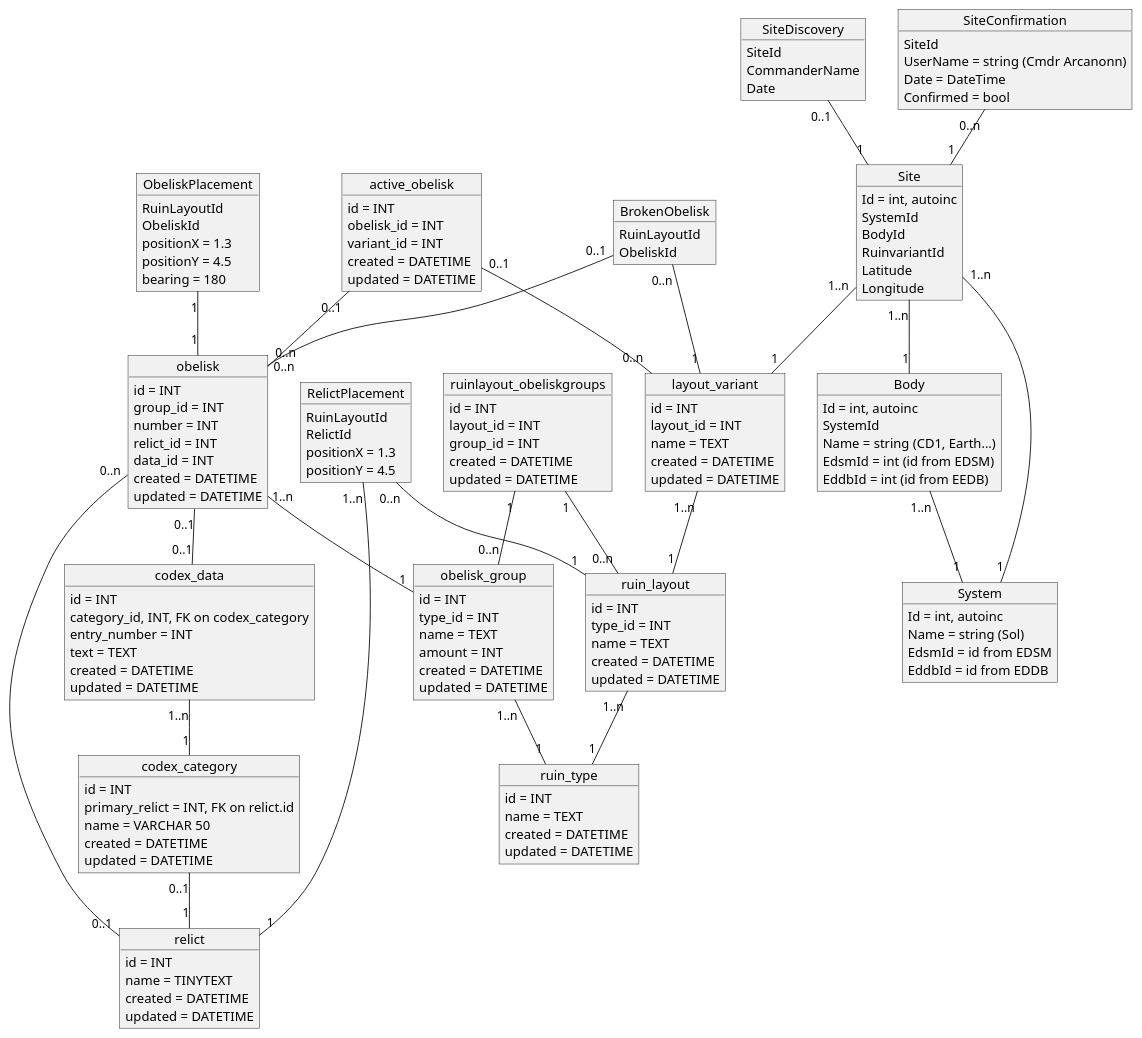
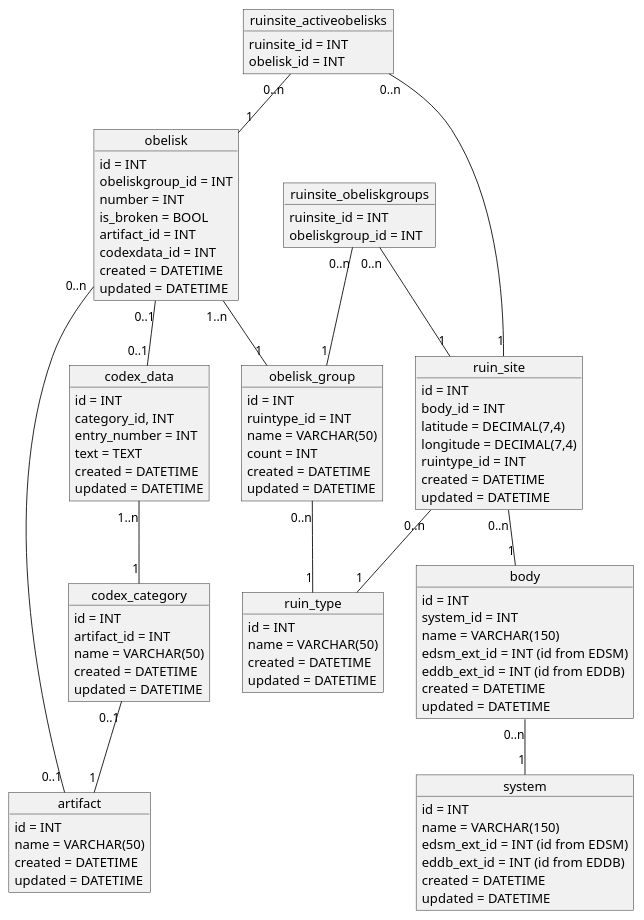
Before and after one commit to canonn-science/CanonnApi: the diagram in docs/design/db/ruinsdb.puml, drawn with PlantUML. The commit also changed 8 other files, not shown here.

```diff
--- a/docs/design/db/ruinsdb.puml
+++ b/docs/design/db/ruinsdb.puml
@@ -1,179 +1,113 @@
 @startuml
 
-object relict
-relict : id = INT
-relict : name = TINYTEXT
-relict : created = DATETIME
-relict : updated = DATETIME
+object artifact
+artifact : id = INT
+artifact : name = VARCHAR(50)
+artifact : created = DATETIME
+artifact : updated = DATETIME
+
 
 object codex_category
 codex_category : id = INT
-codex_category : primary_relict = INT, FK on relict.id
-codex_category : name = VARCHAR 50
+codex_category : artifact_id = INT
+codex_category : name = VARCHAR(50)
 codex_category : created = DATETIME
 codex_category : updated = DATETIME
 
-codex_category "0..1" -- "1" relict
+codex_category "0..1" -- "1" artifact
+
 
 object codex_data
 codex_data : id = INT
-codex_data : category_id, INT, FK on codex_category
+codex_data : category_id, INT
 codex_data : entry_number = INT
 codex_data : text = TEXT
 codex_data : created = DATETIME
 codex_data : updated = DATETIME
 
 codex_data "1..n" -- "1" codex_category
 
 
 object ruin_type
 ruin_type : id = INT
-ruin_type : name = TEXT
+ruin_type : name = VARCHAR(50)
 ruin_type : created = DATETIME
 ruin_type : updated = DATETIME
 
 
 object obelisk_group
 obelisk_group : id = INT
-obelisk_group : type_id = INT
-obelisk_group : name = TEXT
-obelisk_group : amount = INT
+obelisk_group : ruintype_id = INT
+obelisk_group : name = VARCHAR(50)
+obelisk_group : count = INT
 obelisk_group : created = DATETIME
 obelisk_group : updated = DATETIME
 
-obelisk_group "1..n" -- "1" ruin_type
+obelisk_group "0..n" -- "1" ruin_type
 
 
 object obelisk
 obelisk : id = INT
-obelisk : group_id = INT
+obelisk : obeliskgroup_id = INT
 obelisk : number = INT
-obelisk : relict_id = INT
-obelisk : data_id = INT
+obelisk : is_broken = BOOL
+obelisk : artifact_id = INT
+obelisk : codexdata_id = INT
 obelisk : created = DATETIME
 obelisk : updated = DATETIME
 
 obelisk "1..n" -- "1" obelisk_group
-obelisk "0..n" -- "0..1" relict
+obelisk "0..n" -- "0..1" artifact
 obelisk "0..1" -- "0..1" codex_data
 
 
-object ruin_layout
-ruin_layout : id = INT
-ruin_layout : type_id = INT
-ruin_layout : name = TEXT
-ruin_layout : created = DATETIME
-ruin_layout : updated = DATETIME
-
-ruin_layout "1..n" -- "1" ruin_type
+object system
+system : id = INT
+system : name = VARCHAR(150)
+system : edsm_ext_id = INT (id from EDSM)
+system : eddb_ext_id = INT (id from EDDB)
+system : created = DATETIME
+system : updated = DATETIME
 
 
-object ruinlayout_obeliskgroups
-ruinlayout_obeliskgroups : id = INT
-ruinlayout_obeliskgroups : layout_id = INT
-ruinlayout_obeliskgroups : group_id = INT
-ruinlayout_obeliskgroups : created = DATETIME
-ruinlayout_obeliskgroups : updated = DATETIME
+object body
+body : id = INT
+body : system_id = INT
+body : name = VARCHAR(150)
+body : edsm_ext_id = INT (id from EDSM)
+body : eddb_ext_id = INT (id from EDDB)
+body : created = DATETIME
+body : updated = DATETIME
 
-ruinlayout_obeliskgroups "1" -- "0..n" ruin_layout
-ruinlayout_obeliskgroups "1" -- "0..n" obelisk_group
+body "0..n" -- "1" system
 
 
-object layout_variant
-layout_variant : id = INT
-layout_variant : layout_id = INT
-layout_variant : name = TEXT
-layout_variant : created = DATETIME
-layout_variant : updated = DATETIME
+object ruin_site
+ruin_site : id = INT
+ruin_site : body_id = INT
+ruin_site : latitude = DECIMAL(7,4)
+ruin_site : longitude = DECIMAL(7,4)
+ruin_site : ruintype_id = INT
+ruin_site : created = DATETIME
+ruin_site : updated = DATETIME
 
-layout_variant "1..n" -- "1" ruin_layout
+ruin_site "0..n" -- "1" body
+ruin_site "0..n" -- "1" ruin_type
 
 
-object active_obelisk
-active_obelisk : id = INT
-active_obelisk : obelisk_id = INT
-active_obelisk : variant_id = INT
-active_obelisk : created = DATETIME
-active_obelisk : updated = DATETIME
+object ruinsite_obeliskgroups
+ruinsite_obeliskgroups : ruinsite_id = INT
+ruinsite_obeliskgroups : obeliskgroup_id = INT
 
-active_obelisk "0..1" -- "0..n" obelisk
-active_obelisk "0..1" -- "0..n" layout_variant
+ruinsite_obeliskgroups "0..n" -- "1" ruin_site
+ruinsite_obeliskgroups "0..n" -- "1" obelisk_group
 
 
+object ruinsite_activeobelisks
+ruinsite_activeobelisks : ruinsite_id = INT
+ruinsite_activeobelisks : obelisk_id = INT
 
-object BrokenObelisk
-BrokenObelisk : RuinLayoutId
-BrokenObelisk : ObeliskId
-
-BrokenObelisk  "0..n" -- "1" layout_variant
-BrokenObelisk "0..1" -- "0..n" obelisk
-
-
-object System
-System : Id = int, autoinc
-System : Name = string (Sol)
-System : EdsmId = id from EDSM
-System : EddbId = id from EDDB
-
-
-object Body
-Body : Id = int, autoinc
-Body : SystemId
-Body : Name = string (CD1, Earth...)
-Body : EdsmId = int (id from EDSM)
-Body : EddbId = int (id from EEDB)
-
-Body "1..n" -- "1" System
-
-
-object Site
-Site : Id = int, autoinc
-Site : SystemId
-Site : BodyId
-Site : RuinvariantId
-Site : Latitude
-Site : Longitude
-
-Site "1..n" -- "1" System
-Site "1..n" -- "1" Body
-Site "1..n" -- "1" layout_variant
-
-
-object SiteDiscovery
-SiteDiscovery : SiteId
-SiteDiscovery : CommanderName
-SiteDiscovery : Date
-
-SiteDiscovery "0..1" -- "1" Site
-
-
-object SiteConfirmation
-SiteConfirmation : SiteId
-SiteConfirmation : UserName = string (Cmdr Arcanonn)
-SiteConfirmation : Date = DateTime
-SiteConfirmation : Confirmed = bool
-
-SiteConfirmation "0..n" -- "1" Site
-
-
-
-object ObeliskPlacement
-ObeliskPlacement : RuinLayoutId
-ObeliskPlacement : ObeliskId
-ObeliskPlacement : positionX = 1.3
-ObeliskPlacement : positionY = 4.5
-ObeliskPlacement : bearing = 180
-
-ObeliskPlacement "1" -- "1" obelisk
-
-
-object RelictPlacement
-RelictPlacement : RuinLayoutId
-RelictPlacement : RelictId
-RelictPlacement : positionX = 1.3
-RelictPlacement : positionY = 4.5
-
-RelictPlacement "0..n" -- "1" ruin_layout
-RelictPlacement "1..n" -- "1" relict
+ruinsite_activeobelisks "0..n" -- "1" ruin_site
+ruinsite_activeobelisks "0..n" -- "1" obelisk
 
 @enduml
```
